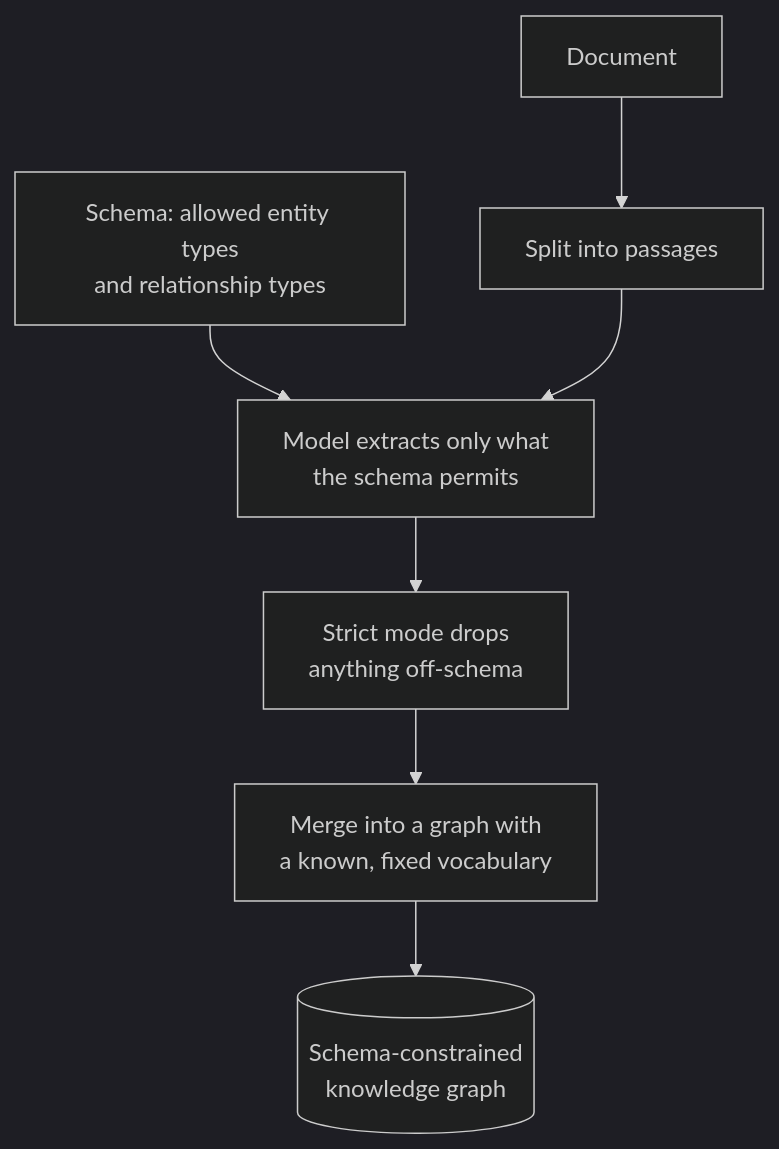
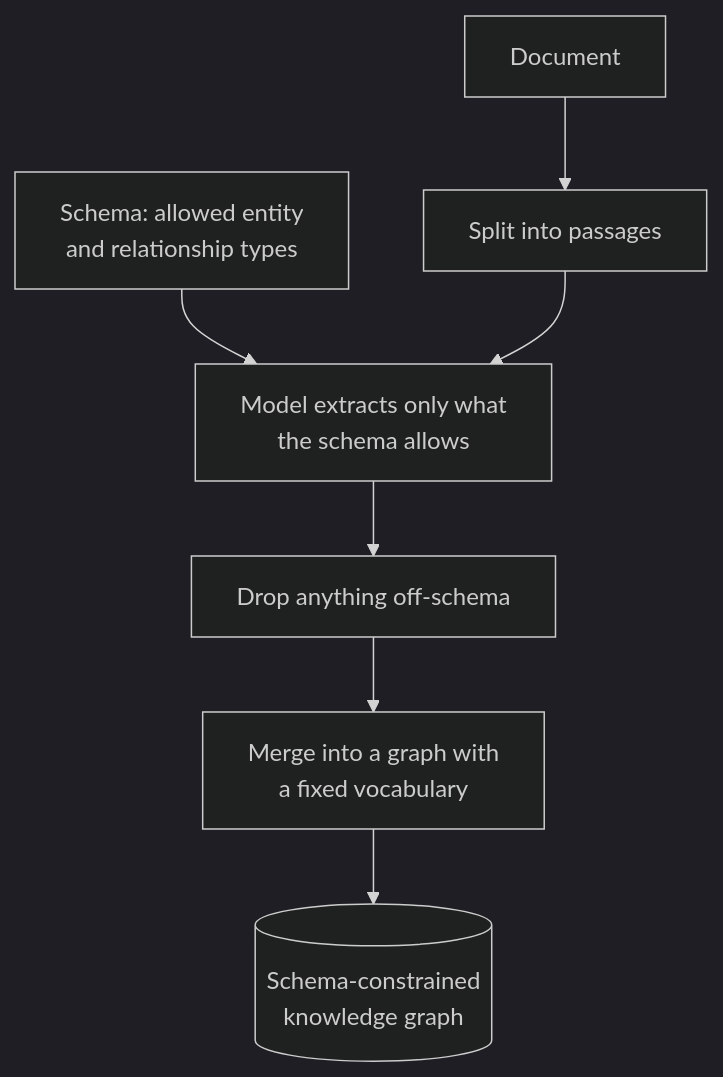
Before and after one commit to jjaaxx44/genai-personal-lab-rag: the first of 2 diagrams in app/demos/rag/kag/README.md, drawn with Mermaid (dark theme). The commit also changed other lines of this file and 32 other files, not shown here.

````diff
--- a/app/demos/rag/kag/README.md
+++ b/app/demos/rag/kag/README.md
@@ -17,9 +9,9 @@
 ```mermaid
 flowchart TD
-  S["Schema: allowed entity types<br/>and relationship types"] --> C
+  S["Schema: allowed entity<br/>and relationship types"] --> C
   A["Document"] --> B["Split into passages"]
-  B --> C["Model extracts only what<br/>the schema permits"]
-  C --> D["Strict mode drops<br/>anything off-schema"]
-  D --> E["Merge into a graph with<br/>a known, fixed vocabulary"]
+  B --> C["Model extracts only what<br/>the schema allows"]
+  C --> D["Drop anything off-schema"]
+  D --> E["Merge into a graph with<br/>a fixed vocabulary"]
   E --> F[("Schema-constrained<br/>knowledge graph")]
 ```
````
